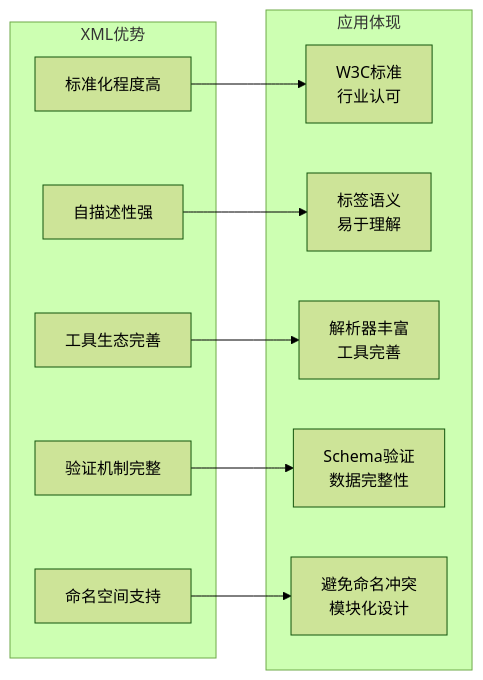
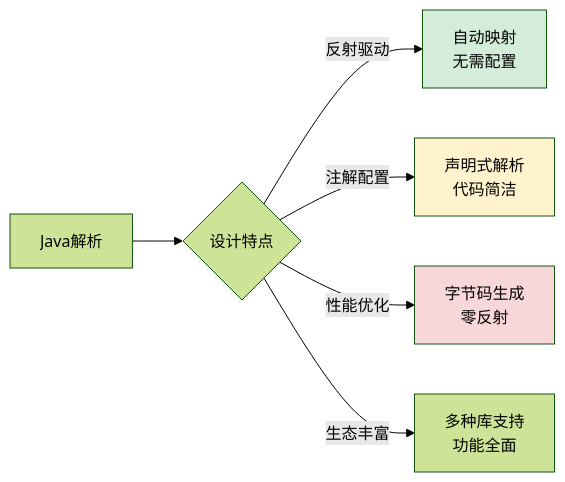
Before and after one commit to chongyang211/YCBookBlog: diagram 21 of 25 in 00.通用技术的提升/02.程序编程原理/06.数据解析设计思想.md, drawn with Mermaid (forest theme). The commit also changed other lines of this file and 28 other files, not shown here.

````diff
--- a/00.通用技术的提升/02.程序编程原理/06.数据解析设计思想.md
+++ b/00.通用技术的提升/02.程序编程原理/06.数据解析设计思想.md
@@ -696,24 +1091,12 @@
 ```mermaid
 graph LR
-    subgraph "XML优势"
-        A[标准化程度高]
-        B[自描述性强]
-        C[工具生态完善]
-        D[验证机制完整]
-        E[命名空间支持]
-    end
+    A[Java解析] --> B{设计特点}
+    B -->|反射驱动| C[自动映射<br/>无需配置]
+    B -->|注解配置| D[声明式解析<br/>代码简洁]
+    B -->|性能优化| E[字节码生成<br/>零反射]
+    B -->|生态丰富| F[多种库支持<br/>功能全面]
     
-    subgraph "应用体现"
-        A1[W3C标准<br/>行业认可]
-        B1[标签语义<br/>易于理解]
-        C1[解析器丰富<br/>工具完善]
-        D1[Schema验证<br/>数据完整性]
-        E1[避免命名冲突<br/>模块化设计]
-    end
-    
-    A --> A1
-    B --> B1
-    C --> C1
-    D --> D1
-    E --> E1
+    style C fill:#d4edda
+    style D fill:#fff3cd
+    style E fill:#f8d7da
 ```
````
